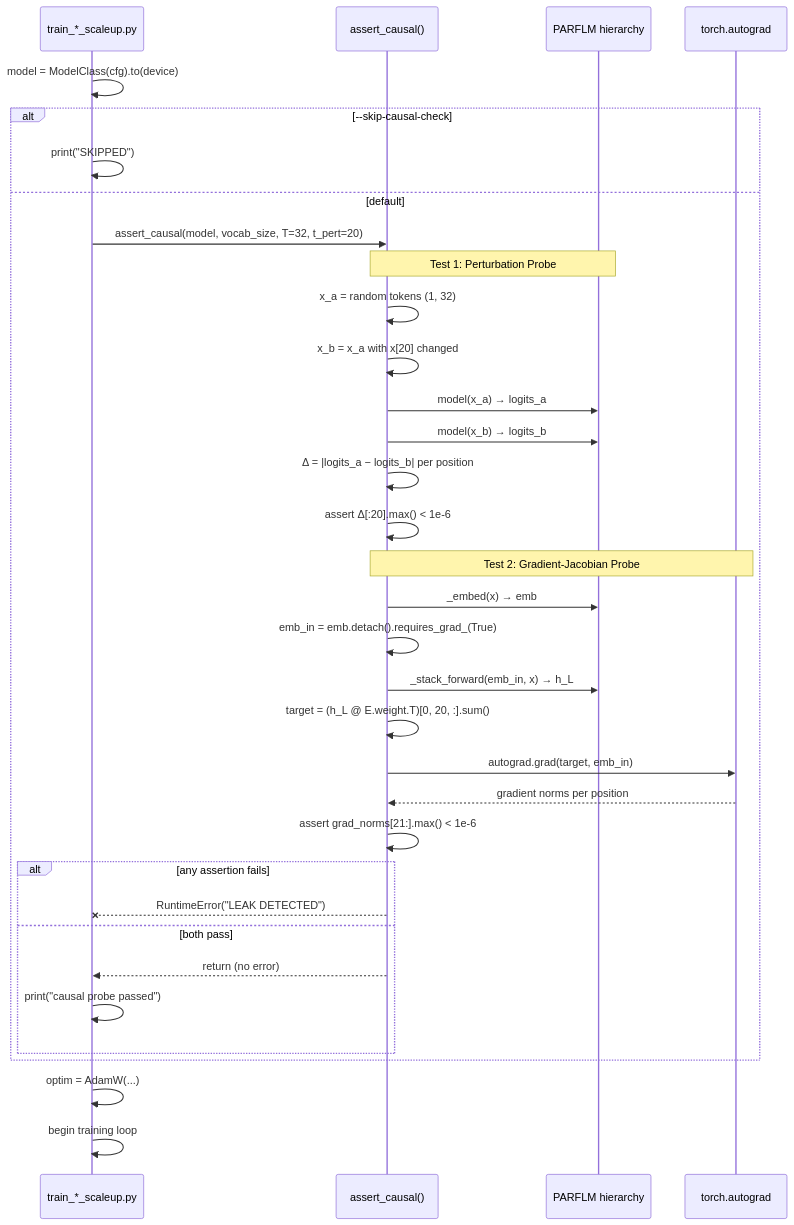
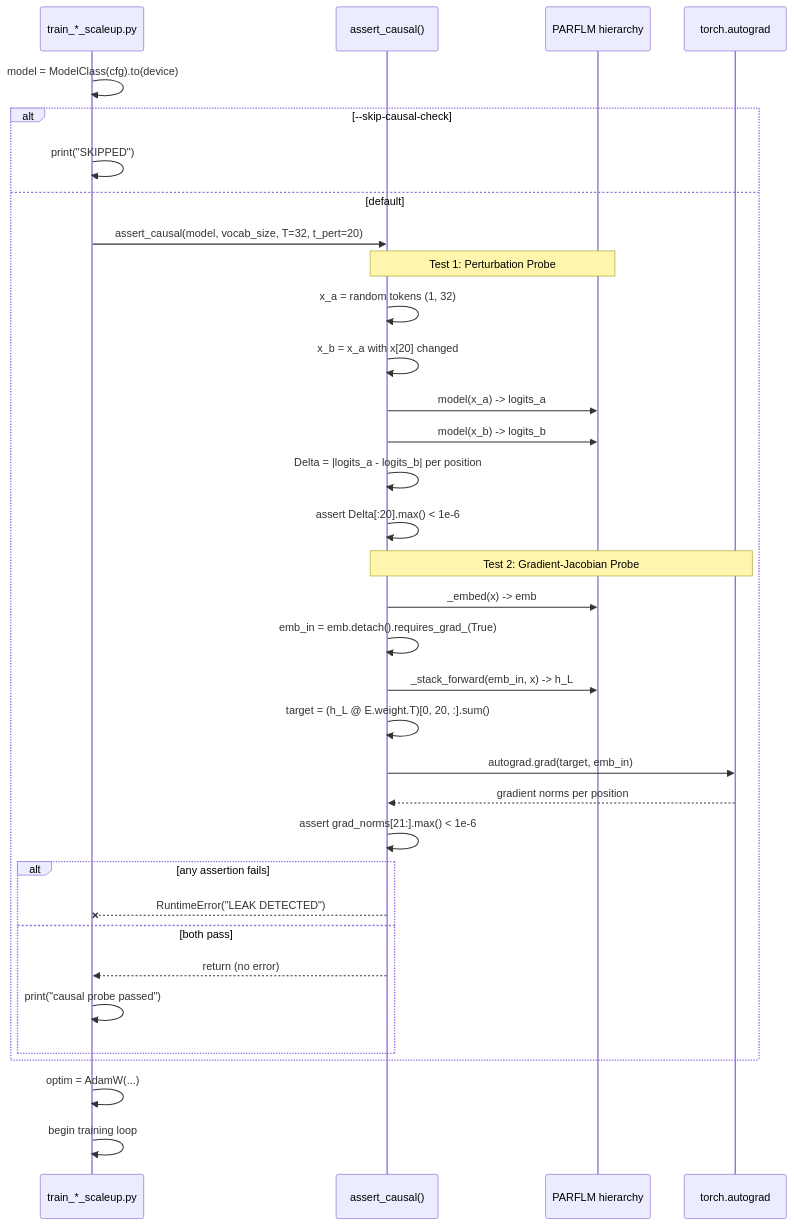
One commit to dimitarpg13/semsimula-paper changed diagram 16 of 17 in SOFTWARE_ARCHITECTURE.md. Above: the diagram before and after it, drawn with Mermaid. The commit also changed other lines of this file, not shown here.

Commit message:
add software class diagrams markdown

````diff
--- a/SOFTWARE_ARCHITECTURE.md
+++ b/SOFTWARE_ARCHITECTURE.md
@@ -1067,42 +1114,42 @@
 ```mermaid
 sequenceDiagram
     participant Trainer as train_*_scaleup.py
     participant Probe as assert_causal()
     participant Model as PARFLM hierarchy
     participant AG as torch.autograd
 
     Trainer->>Trainer: model = ModelClass(cfg).to(device)
 
     alt --skip-causal-check
         Trainer->>Trainer: print("SKIPPED")
     else default
         Trainer->>Probe: assert_causal(model, vocab_size, T=32, t_pert=20)
 
         Note over Probe,Model: Test 1: Perturbation Probe
         Probe->>Probe: x_a = random tokens (1, 32)
         Probe->>Probe: x_b = x_a with x[20] changed
-        Probe->>Model: model(x_a) → logits_a
-        Probe->>Model: model(x_b) → logits_b
-        Probe->>Probe: Δ = |logits_a − logits_b| per position
-        Probe->>Probe: assert Δ[:20].max() < 1e-6
+        Probe->>Model: model(x_a) -> logits_a
+        Probe->>Model: model(x_b) -> logits_b
+        Probe->>Probe: Delta = |logits_a - logits_b| per position
+        Probe->>Probe: assert Delta[:20].max() < 1e-6
 
         Note over Probe,AG: Test 2: Gradient-Jacobian Probe
-        Probe->>Model: _embed(x) → emb
+        Probe->>Model: _embed(x) -> emb
         Probe->>Probe: emb_in = emb.detach().requires_grad_(True)
-        Probe->>Model: _stack_forward(emb_in, x) → h_L
+        Probe->>Model: _stack_forward(emb_in, x) -> h_L
         Probe->>Probe: target = (h_L @ E.weight.T)[0, 20, :].sum()
         Probe->>AG: autograd.grad(target, emb_in)
         AG-->>Probe: gradient norms per position
         Probe->>Probe: assert grad_norms[21:].max() < 1e-6
 
         alt any assertion fails
             Probe--xTrainer: RuntimeError("LEAK DETECTED")
         else both pass
             Probe-->>Trainer: return (no error)
             Trainer->>Trainer: print("causal probe passed")
         end
     end
 
     Trainer->>Trainer: optim = AdamW(...)
     Trainer->>Trainer: begin training loop
 ```
````
